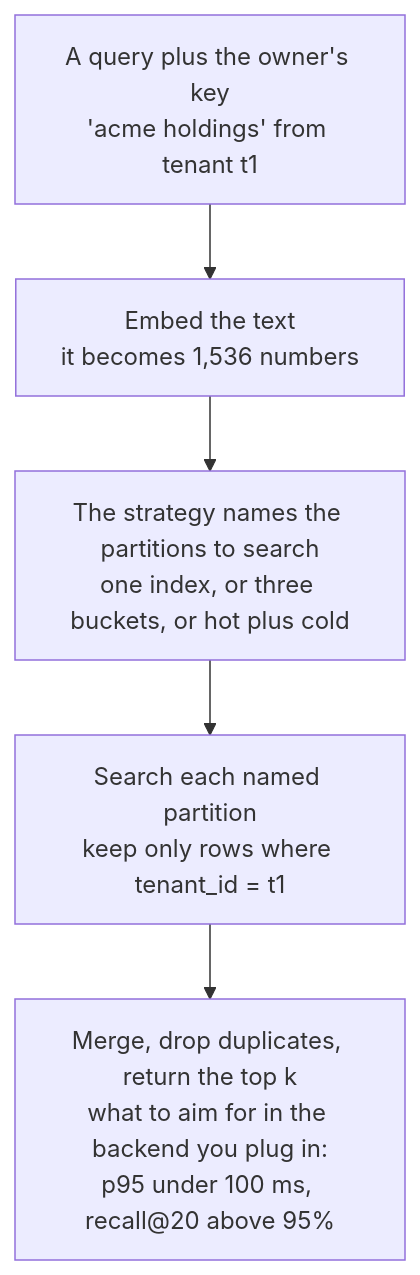
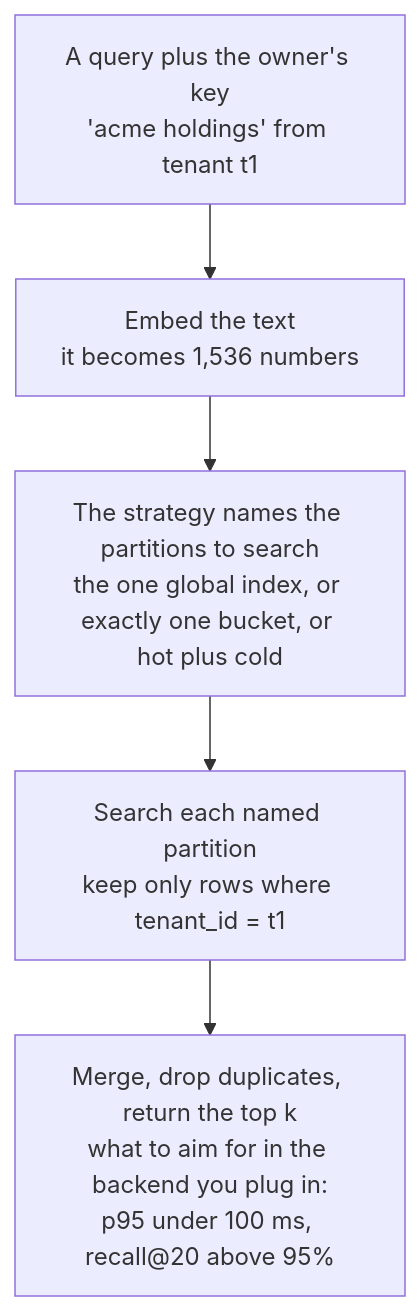
Before and after one commit to hseshadr/edgeproc-core: the second of 4 diagrams in docs/vector-mgmt-architecture.md, drawn with Mermaid. The commit also changed other lines of this file and 9 other files, not shown here.

````diff
--- a/docs/vector-mgmt-architecture.md
+++ b/docs/vector-mgmt-architecture.md
@@ -26,9 +26,9 @@
 ```mermaid
 flowchart TD
     A["A query plus the owner's key<br/>'acme holdings' from tenant t1"]
     B["Embed the text<br/>it becomes 1,536 numbers"]
-    C["The strategy names the partitions to search<br/>one index, or three buckets, or hot plus cold"]
+    C["The strategy names the partitions to search<br/>the one global index, or exactly one bucket, or hot plus cold"]
     D["Search each named partition<br/>keep only rows where tenant_id = t1"]
     E["Merge, drop duplicates, return the top k<br/>what to aim for in the backend you plug in:<br/>p95 under 100 ms, recall@20 above 95%"]
     A --> B --> C --> D --> E
 ```
````
